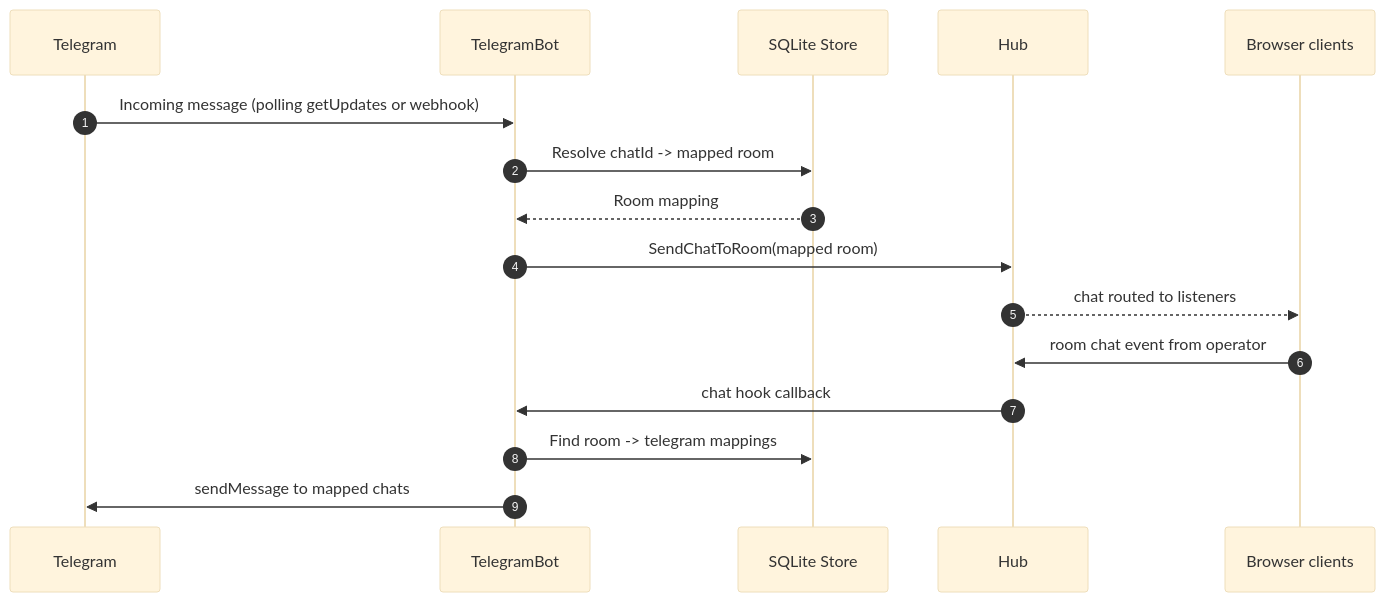
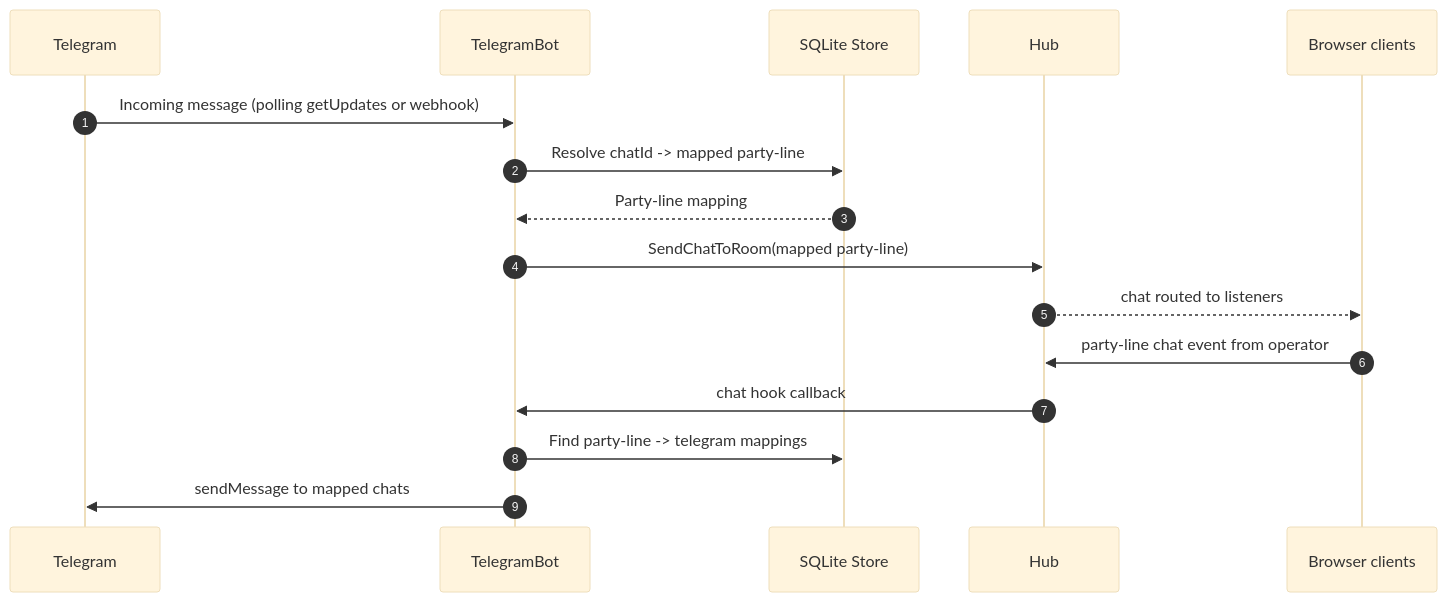
The fourth of 4 diagrams in docs/architecture-flow-diagram.md (KesherCom/kesher), drawn with Mermaid (base theme) before and after one commit. The commit also changed other lines of this file and 28 other files, not shown here.

````diff
--- a/docs/architecture-flow-diagram.md
+++ b/docs/architecture-flow-diagram.md
@@ -183,19 +183,19 @@
 ```mermaid
 sequenceDiagram
   autonumber
   participant TG as Telegram
   participant BOT as TelegramBot
   participant DB as SQLite Store
   participant HUB as Hub
   participant FE as Browser clients
 
   TG->>BOT: Incoming message (polling getUpdates or webhook)
-  BOT->>DB: Resolve chatId -> mapped room
-  DB-->>BOT: Room mapping
-  BOT->>HUB: SendChatToRoom(mapped room)
+  BOT->>DB: Resolve chatId -> mapped party-line
+  DB-->>BOT: Party-line mapping
+  BOT->>HUB: SendChatToRoom(mapped party-line)
   HUB-->>FE: chat routed to listeners
-  FE->>HUB: room chat event from operator
+  FE->>HUB: party-line chat event from operator
   HUB->>BOT: chat hook callback
-  BOT->>DB: Find room -> telegram mappings
+  BOT->>DB: Find party-line -> telegram mappings
   BOT->>TG: sendMessage to mapped chats
 ```
````
